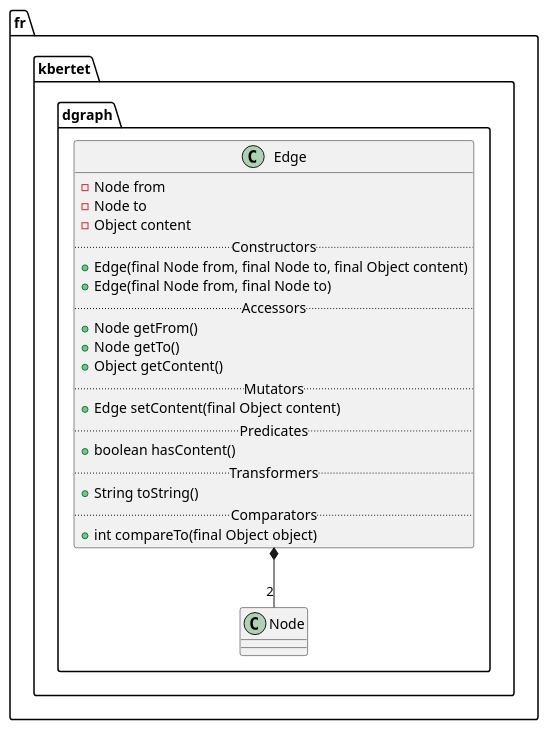
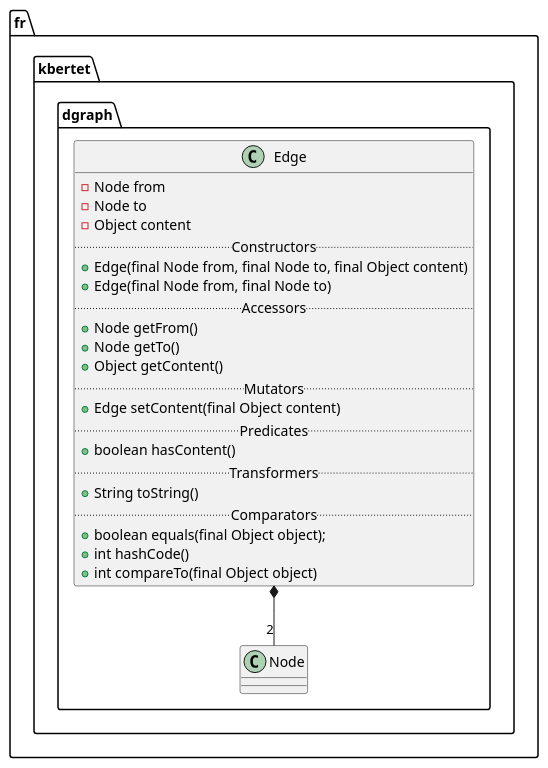
One commit to thegalactic/java-lattices changed the diagram in src/fr/kbertet/dgraph/Edge.iuml. Above: the diagram before and after it, drawn with PlantUML. The commit also changed 2 other files, not shown here.

```diff
--- a/src/fr/kbertet/dgraph/Edge.iuml
+++ b/src/fr/kbertet/dgraph/Edge.iuml
@@ -1,24 +1,26 @@
 package fr.kbertet.dgraph {
     class Edge {
         -Node from
         -Node to
         -Object content
         .. Constructors ..
         +Edge(final Node from, final Node to, final Object content)
         +Edge(final Node from, final Node to)
         .. Accessors ..
         +Node getFrom()
         +Node getTo()
         +Object getContent()
         .. Mutators ..
         +Edge setContent(final Object content)
         .. Predicates ..
         +boolean hasContent()
         .. Transformers ..
         +String toString()
         .. Comparators ..
+        +boolean equals(final Object object);
+        +int hashCode()
         +int compareTo(final Object object)
     }
 
     Edge *-- "2" Node
 }
```
